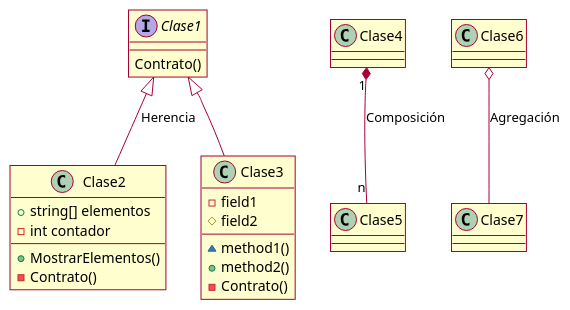
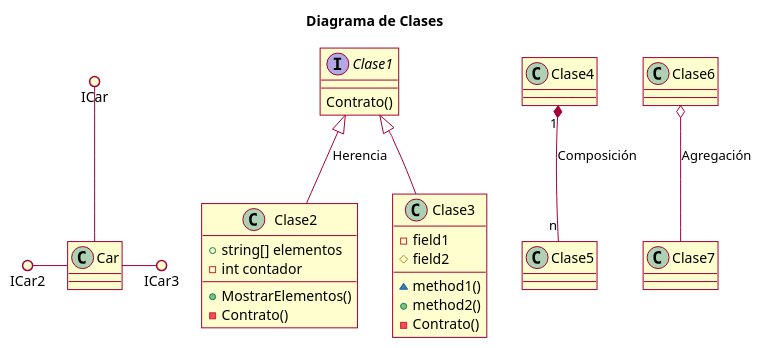
Before and after one commit to zherar7ordoya/AP5: the diagram in (House)/(Arquitecturas)/Patterns/Facade/tddc.puml, drawn with PlantUML. The commit also changed 23 other files, not shown here.

```diff
--- a/(House)/(Arquitecturas)/Patterns/Facade/tddc.puml
+++ b/(House)/(Arquitecturas)/Patterns/Facade/tddc.puml
@@ -1,42 +1,50 @@
 @startuml Tutorial
 
-' =================================== TWEAKS ===================================
-skin rose
-skinparam classFontName Calibri
-skinparam shadowing false
-' ------------------------------------------------------------------------------
+    title Diagrama de Clases
+
+    ' ================================= TWEAKS =================================
+    skin rose
+    skinparam classFontName Calibri
+    skinparam shadowing false
+    ' --------------------------------------------------------------------------
 
     interface Clase1
     {
         Contrato()
     }
  
     class Clase2
     {
         +string[] elementos
         -int contador
         +MostrarElementos()
         -Contrato()
     }
 
     class Clase3
     {
         'private
         -field1
         'protected
         #field2
 
         'package private
         ~method1()
         'public
         +method2()
         -Contrato()
     }
  
     Clase1 <|-- Clase2: Herencia
     Clase1 <|-- Clase3
     
     Clase4 "1" *-- "n" Clase5: Composición
     Clase6 o-- Clase7: Agregación
 
+    class Car
+    ICar ()-- Car
+    ICar2 ()- Car
+    Car -() ICar3
+
+
 @enduml
```
